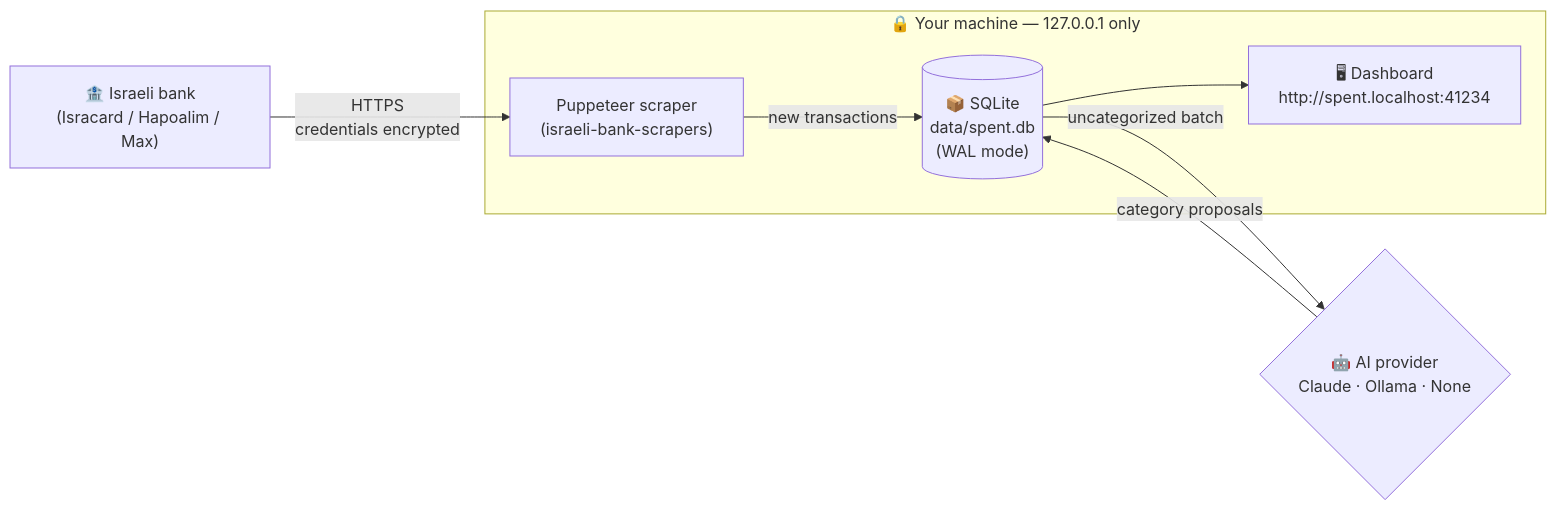
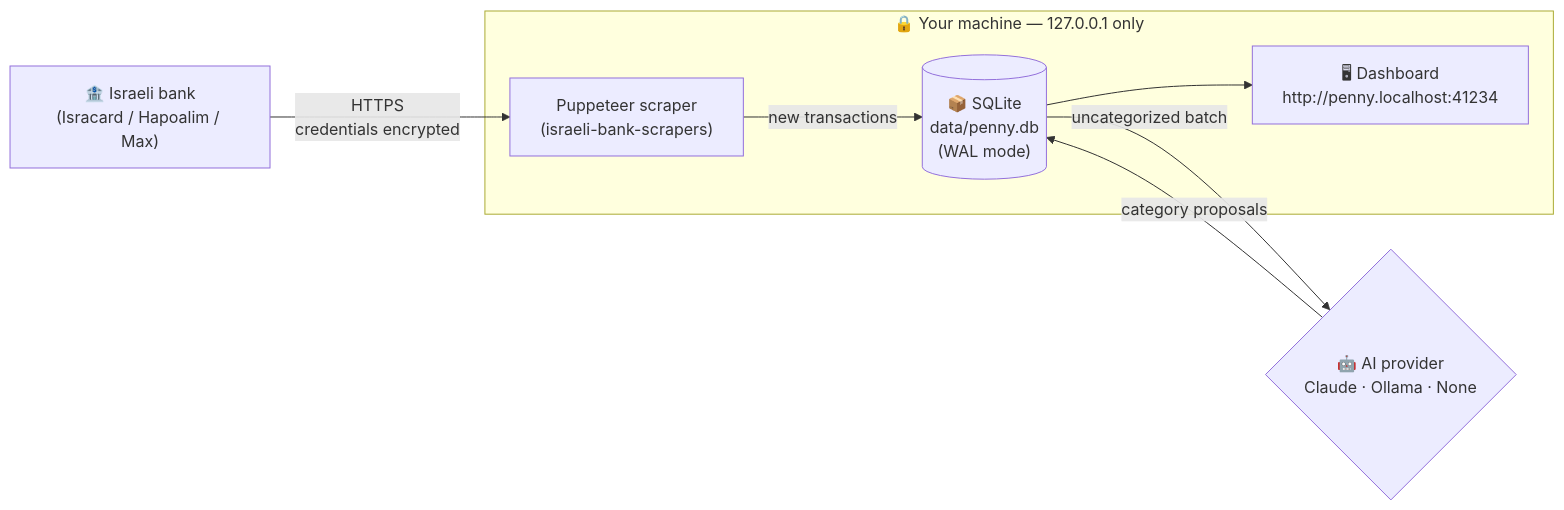
One commit to IsraelShok/Penny changed the diagram in README.md. Above: the diagram before and after it, drawn with Mermaid. The commit also changed other lines of this file and 154 other files, not shown here.

````diff
--- a/README.md
+++ b/README.md
@@ -150,20 +145,20 @@
 ```mermaid
 flowchart LR
     Bank["🏦 Israeli bank<br/>(Isracard / Hapoalim / Max)"]
     Scraper["Puppeteer scraper<br/>(israeli-bank-scrapers)"]
-    DB[("📦 SQLite<br/>data/spent.db<br/>(WAL mode)")]
+    DB[("📦 SQLite<br/>data/penny.db<br/>(WAL mode)")]
     AI{"🤖 AI provider<br/>Claude · Ollama · None"}
-    UI["🖥 Dashboard<br/>http://spent.localhost:41234"]
+    UI["🖥 Dashboard<br/>http://penny.localhost:41234"]
 
     Bank -->|HTTPS<br/>credentials encrypted| Scraper
     Scraper -->|new transactions| DB
     DB -->|uncategorized batch| AI
     AI -->|category proposals| DB
     DB --> UI
 
     subgraph local["🔒 Your machine — 127.0.0.1 only"]
         Scraper
         DB
         UI
     end
 ```
````
